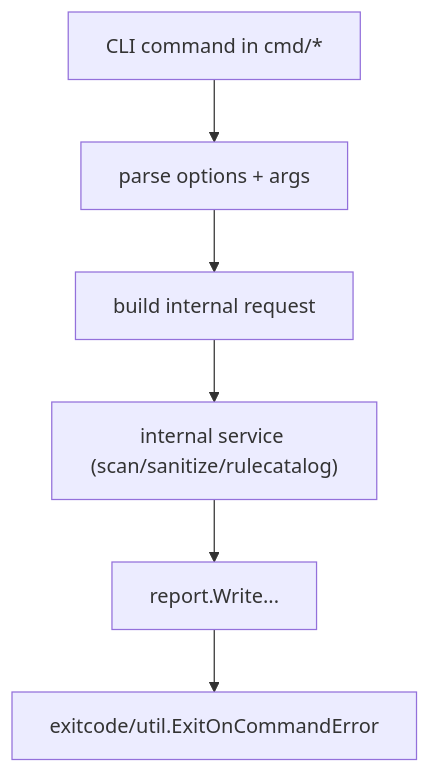
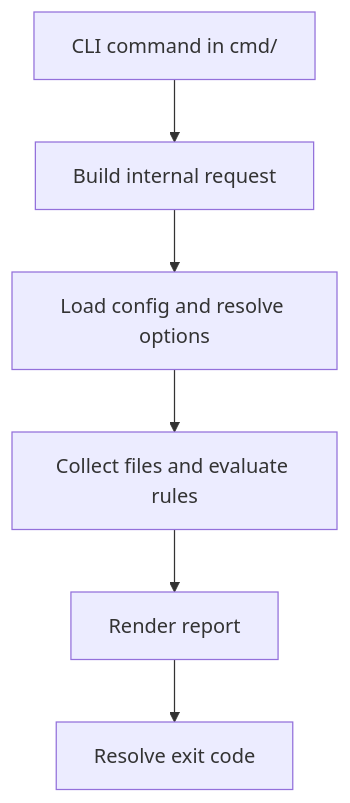
Before and after one commit to CunningFatalist/promptinel: the diagram in docs/Architecture.md, drawn with Mermaid. The commit also changed other lines of this file and 47 other files, not shown here.

````diff
--- a/docs/Architecture.md
+++ b/docs/Architecture.md
@@ -27,8 +17,8 @@
 ```mermaid
 flowchart TD
-    A["CLI command in cmd/*"] --> B["parse options + args"]
-    B --> C["build internal request"]
-    C --> D["internal service (scan/sanitize/rulecatalog)"]
-    D --> E["report.Write..."]
-    E --> F["exitcode/util.ExitOnCommandError"]
+    A["CLI command in cmd/"] --> B["Build internal request"]
+    B --> C["Load config and resolve options"]
+    C --> D["Collect files and evaluate rules"]
+    D --> E["Render report"]
+    E --> F["Resolve exit code"]
 ```
````
